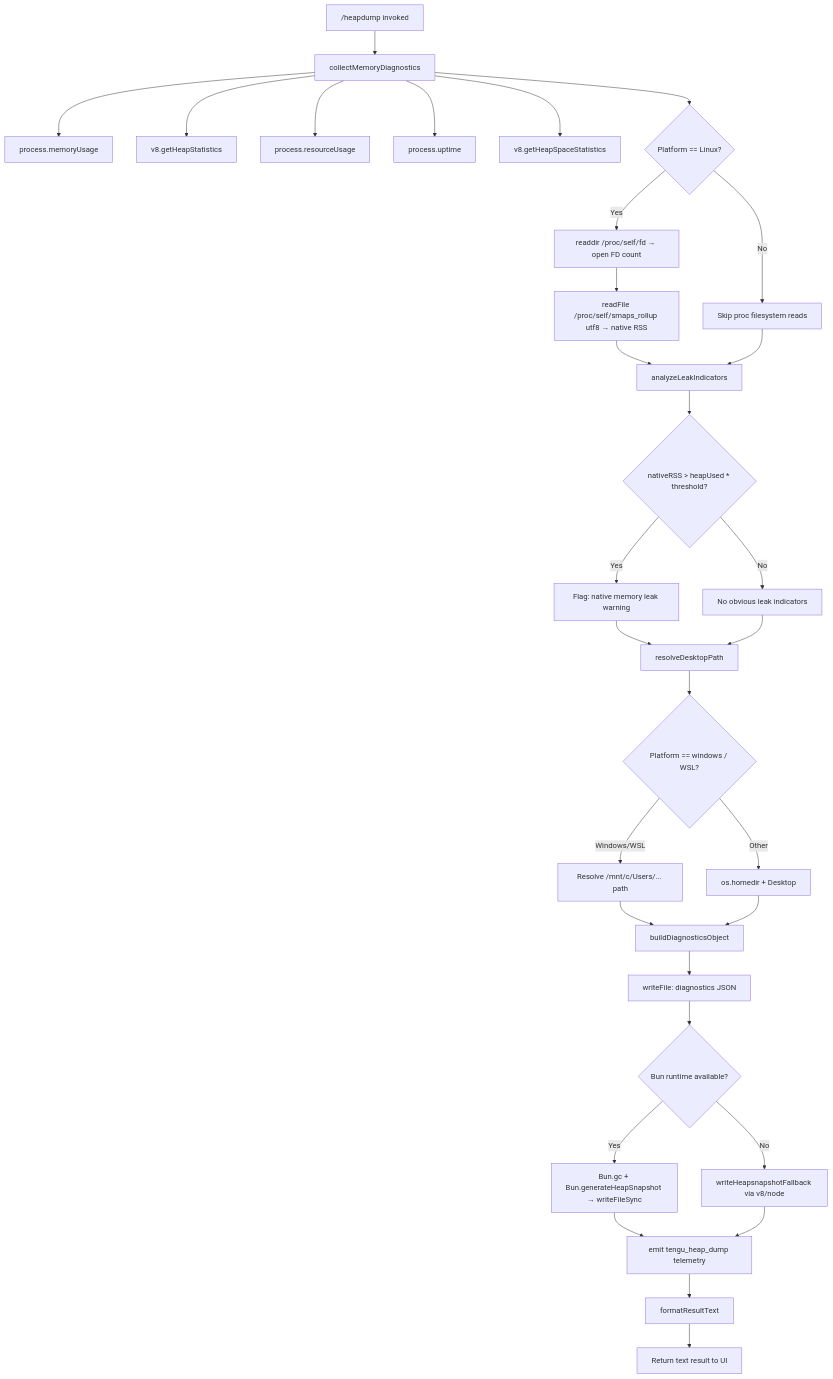
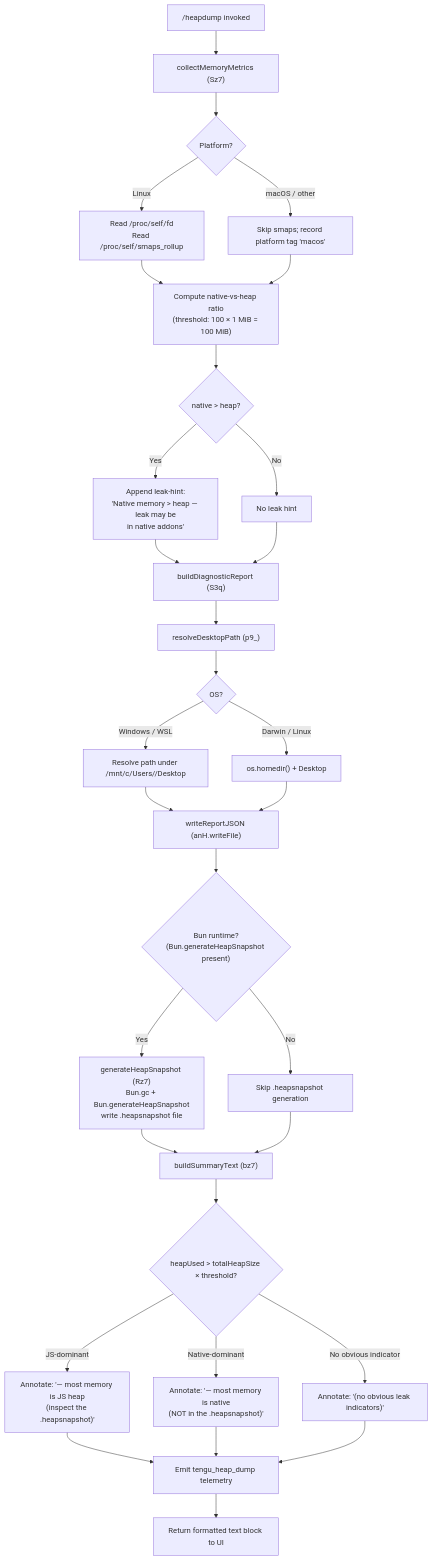
The diagram in versions/v2.1.132/heapdump.md (MyLittleLuckyDog/cc-gnothi), drawn with Mermaid before and after one commit. The commit also changed other lines of this file and 96 other files, not shown here.

````diff
--- a/versions/v2.1.132/heapdump.md
+++ b/versions/v2.1.132/heapdump.md
@@ -47,33 +55,33 @@
 ```mermaid
 flowchart TD
-    A["/heapdump invoked"] --> B[collectMemoryDiagnostics]
-    B --> C[process.memoryUsage]
-    B --> D[v8.getHeapStatistics]
-    B --> E[process.resourceUsage]
-    B --> F[process.uptime]
-    B --> G[v8.getHeapSpaceStatistics]
-    B --> H{Platform == Linux?}
-    H -- Yes --> I[readdir /proc/self/fd → open FD count]
-    I --> J[readFile /proc/self/smaps_rollup utf8 → native RSS]
-    H -- No --> K[Skip proc filesystem reads]
-    J --> L[analyzeLeakIndicators]
-    K --> L
-    L --> M{nativeRSS > heapUsed * threshold?}
-    M -- Yes --> N[Flag: native memory leak warning]
-    M -- No --> O[No obvious leak indicators]
-    N --> P[resolveDesktopPath]
-    O --> P
-    P --> Q{Platform == windows / WSL?}
-    Q -- Windows/WSL --> R[Resolve /mnt/c/Users/... path]
-    Q -- Other --> S[os.homedir + Desktop]
-    R --> T[buildDiagnosticsObject]
-    S --> T
-    T --> U[writeFile: diagnostics JSON]
-    U --> V{Bun runtime available?}
-    V -- Yes --> W[Bun.gc + Bun.generateHeapSnapshot → writeFileSync]
-    V -- No --> X[writeHeapsnapshotFallback via v8/node]
-    W --> Y[emit tengu_heap_dump telemetry]
-    X --> Y
-    Y --> Z[formatResultText]
-    Z --> AA[Return text result to UI]
+    A["/heapdump invoked"] --> B["collectMemoryMetrics (Sz7)"]
+    B --> C{"Platform?"}
+    C -->|Linux| D["Read /proc/self/fd\nRead /proc/self/smaps_rollup"]
+    C -->|macOS / other| E["Skip smaps; record platform tag 'macos'"]
+    D --> F["Compute native-vs-heap ratio\n(threshold: 100 × 1 MiB = 100 MiB)"]
+    E --> F
+    F --> G{"native > heap?"}
+    G -->|Yes| H["Append leak-hint:\n'Native memory > heap — leak may be\nin native addons'"]
+    G -->|No| I["No leak hint"]
+    H --> J["buildDiagnosticReport (S3q)"]
+    I --> J
+    J --> K["resolveDesktopPath (p9_)"]
+    K --> L{"OS?"}
+    L -->|Windows / WSL| M["Resolve path under /mnt/c/Users/<user>/Desktop"]
+    L -->|Darwin / Linux| N["os.homedir() + Desktop"]
+    M --> O["writeReportJSON (anH.writeFile)"]
+    N --> O
+    O --> P{"Bun runtime?\n(Bun.generateHeapSnapshot present)"}
+    P -->|Yes| Q["generateHeapSnapshot (Rz7)\nBun.gc + Bun.generateHeapSnapshot\nwrite .heapsnapshot file"]
+    P -->|No| R["Skip .heapsnapshot generation"]
+    Q --> S["buildSummaryText (bz7)"]
+    R --> S
+    S --> T{"heapUsed > totalHeapSize × threshold?"}
+    T -->|JS-dominant| U["Annotate: '— most memory is JS heap\n(inspect the .heapsnapshot)'"]
+    T -->|Native-dominant| V["Annotate: '— most memory is native\n(NOT in the .heapsnapshot)'"]
+    T -->|No obvious indicator| W["Annotate: '(no obvious leak indicators)'"]
+    U --> X["Emit tengu_heap_dump telemetry"]
+    V --> X
+    W --> X
+    X --> Y["Return formatted text block to UI"]
 ```
````
